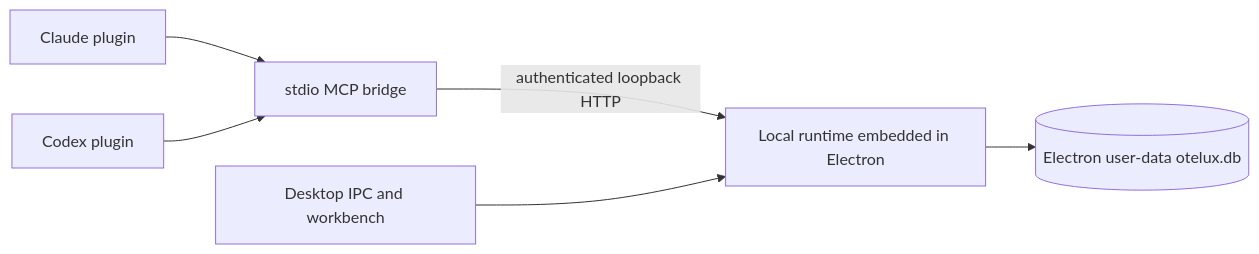
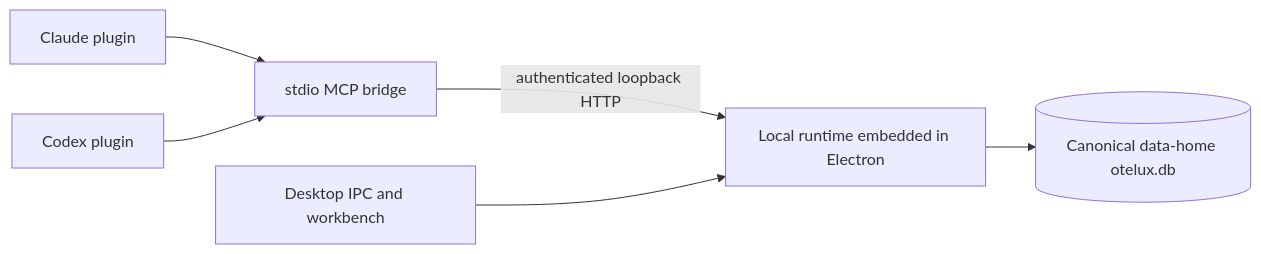
One commit to b1tank/otelux changed the second of 2 diagrams in docs/arch.md. Above: the diagram before and after it, drawn with Mermaid. The commit also changed other lines of this file and 26 other files, not shown here.

Commit message:
Add canonical runtime ownership and migration

````diff
--- a/docs/arch.md
+++ b/docs/arch.md
@@ -203,8 +205,8 @@
 ```mermaid
 flowchart LR
     Claude[Claude plugin] --> Bridge[stdio MCP bridge]
     Codex[Codex plugin] --> Bridge
     Bridge -->|authenticated loopback HTTP| Runtime[Local runtime embedded in Electron]
     Desktop[Desktop IPC and workbench] --> Runtime
-    Runtime --> LegacyDB[(Electron user-data otelux.db)]
+    Runtime --> DB[(Canonical data-home otelux.db)]
 ```
````
